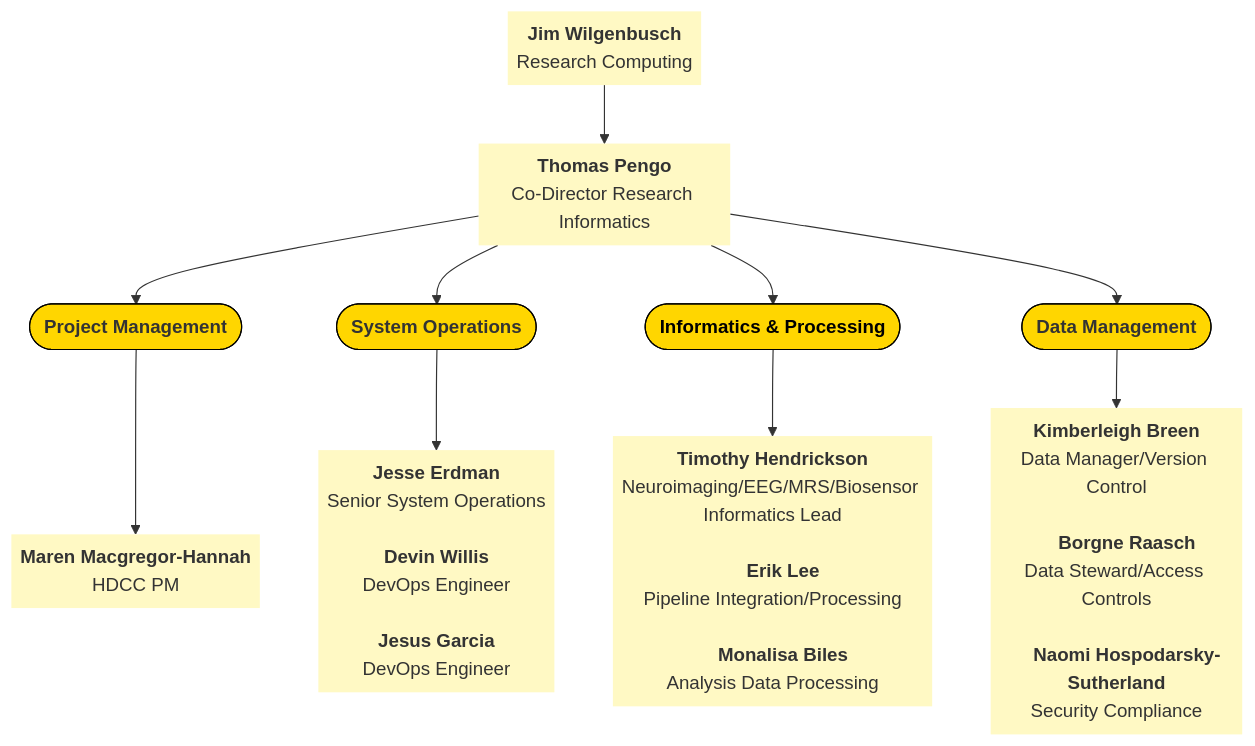
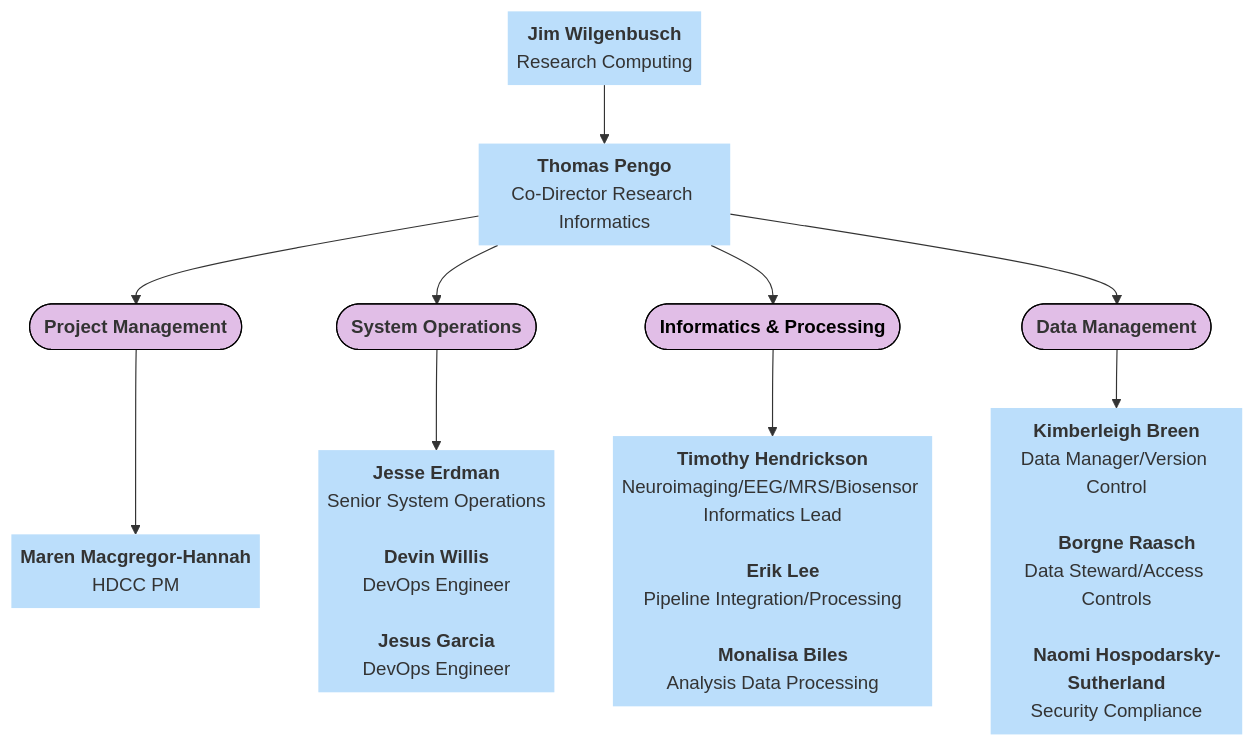
The fifth of 7 diagrams in docs/orgcharts.md (DCAN-Labs/hbcd-docs-internal), drawn with Mermaid before and after one commit.

Commit message:
MIDB colors updated

````diff
--- a/docs/orgcharts.md
+++ b/docs/orgcharts.md
@@ -330,35 +330,35 @@
 ```mermaid
 ---
 config:
   layout: dagre
 ---
 flowchart TB
-  K["<b>Jim Wilgenbusch</b><br>Research Computing"] --> L["<b>Thomas Pengo</b><br>Co-Director Research Informatics"]
+    K["<b>Jim Wilgenbusch</b><br>Research Computing"] --> L["<b>Thomas Pengo</b><br>Co-Director Research Informatics"]
     L --> M(["<b>Project Management</b>"]) & N(["<b>System Operations</b>"]) & O(["<b>Informatics &amp; Processing</b>"]) & P(["<b>Data Management</b>"])
     N --> Q["<b>Jesse Erdman</b><br>Senior System Operations<br>
     <b>Devin Willis</b><br>DevOps Engineer<br>
     <b>Jesus Garcia</b><br>DevOps Engineer"]
     O --> n4["<b>Timothy Hendrickson</b><br>Neuroimaging/EEG/MRS/Biosensor Informatics Lead<br>
     <b>Erik Lee</b><br>Pipeline Integration/Processing<br>
     <b>Monalisa Biles</b><br>Analysis Data Processing"]
     M --> n6@{ label: "<span style=\"--tw-scale-x:\"><b>Maren Macgregor-Hannah</b><br>HDCC PM</span><br style=\"--tw-scale-x:\">" }
     P --> n7["<b>Kimberleigh Breen</b><br>Data Manager/Version Control<br>
     <b>Borgne Raasch</b><br>Data Steward/Access Controls<br>
     <b>Naomi Hospodarsky-Sutherland</b><br>Security Compliance"]
     K@{ shape: text}
     L@{ shape: text}
     Q@{ shape: text}
     n4@{ shape: text}
     n6@{ shape: text}
     n7@{ shape: text}
-    style K fill:#FFF9C4
-    style L fill:#FFF9C4
-    style M fill:#FFD600,stroke:#000000
-    style N fill:#FFD600,stroke:#000000
-    style O color:#000000,fill:#FFD600,stroke:#000000
-    style P fill:#FFD600,stroke:#000000
-    style Q fill:#FFF9C4
-    style n4 fill:#FFF9C4
-    style n6 fill:#FFF9C4
-    style n7 fill:#FFF9C4
+    style K fill:#BBDEFB
+    style L fill:#BBDEFB
+    style M fill:#E1BEE7,stroke:#000000
+    style N fill:#E1BEE7,stroke:#000000
+    style O color:#000000,fill:#E1BEE7,stroke:#000000
+    style P fill:#E1BEE7,stroke:#000000
+    style Q fill:#BBDEFB
+    style n4 fill:#BBDEFB
+    style n6 fill:#BBDEFB
+    style n7 fill:#BBDEFB
 ```
````
